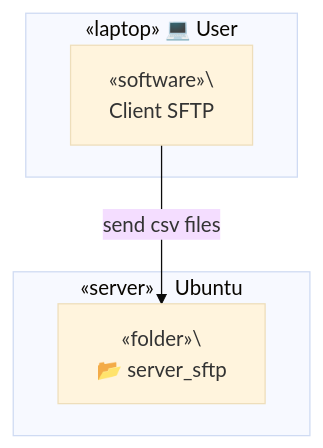
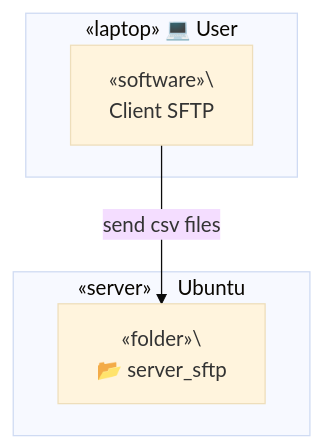
Before and after one commit to TrulyDigital/DATA_STREET: the second of 4 diagrams in server_sftp/README.md, drawn with Mermaid (base theme).

Commit message:
update: server_sftp README.md

````diff
--- a/server_sftp/README.md
+++ b/server_sftp/README.md
@@ -14,13 +14,13 @@
 ```mermaid
 graph TD
     
     subgraph Container_A [«laptop» 💻 User]
         A1[«software»\<br> Client SFTP]
     end
 
-    subgraph Container_B [«server»&nbsp;&nbsp;&nbsp;&nbsp;Ubuntu]
+    subgraph Container_B [«server»&nbsp;&nbsp;&nbsp;&nbsp;&nbsp;Ubuntu]
         B1[«folder»\<br/> 📂 server_sftp]
     end
     
     A1 -- send csv files --> B1
 ```
````
